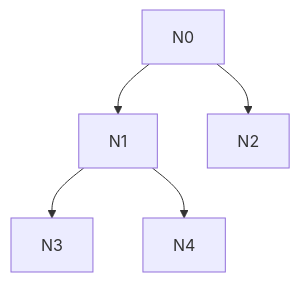
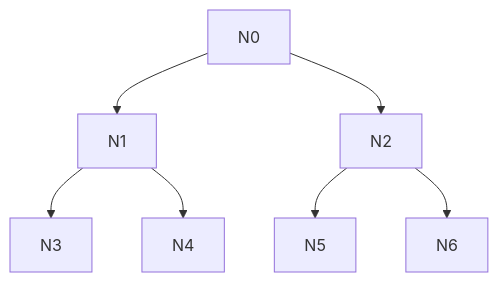
Before and after one commit to mtkimmins/LTSDM_hack: the diagram in a1800_huffman.md, drawn with Mermaid.

````diff
--- a/a1800_huffman.md
+++ b/a1800_huffman.md
@@ -25,7 +25,9 @@
 ```mermaid
 graph TD;
     N0-->N1
     N0-->N2
     N1-->N3
     N1-->N4
+    N2-->N5
+    N2-->N6
 ```
````
